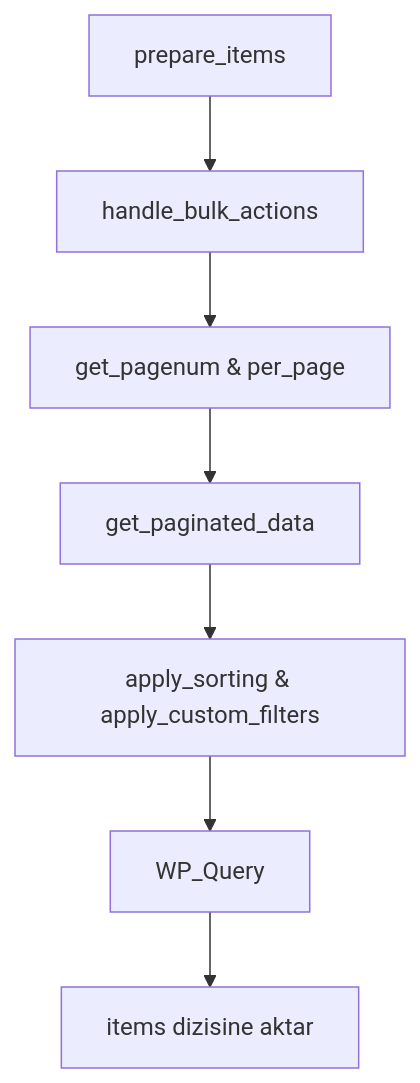
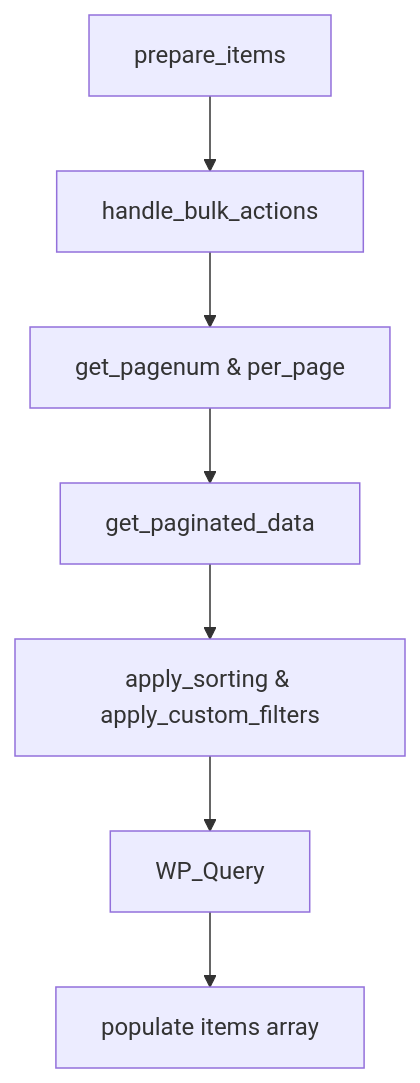
The diagram in docs/04-developer/ui-components/list-table-overview.md (MaxHandMade/mhm-rentiva-docs), drawn with Mermaid before and after one commit. The commit also changed other lines of this file and 347 other files, not shown here.

````diff
--- a/docs/04-developer/ui-components/list-table-overview.md
+++ b/docs/04-developer/ui-components/list-table-overview.md
@@ -46,9 +46,9 @@
 ```mermaid
 graph TD
     A[prepare_items] --> B[handle_bulk_actions]
     B --> C[get_pagenum & per_page]
     C --> D[get_paginated_data]
     D --> E[apply_sorting & apply_custom_filters]
     E --> F[WP_Query]
-    F --> G[items dizisine aktar]
+    F --> G[populate items array]
 ```
````
